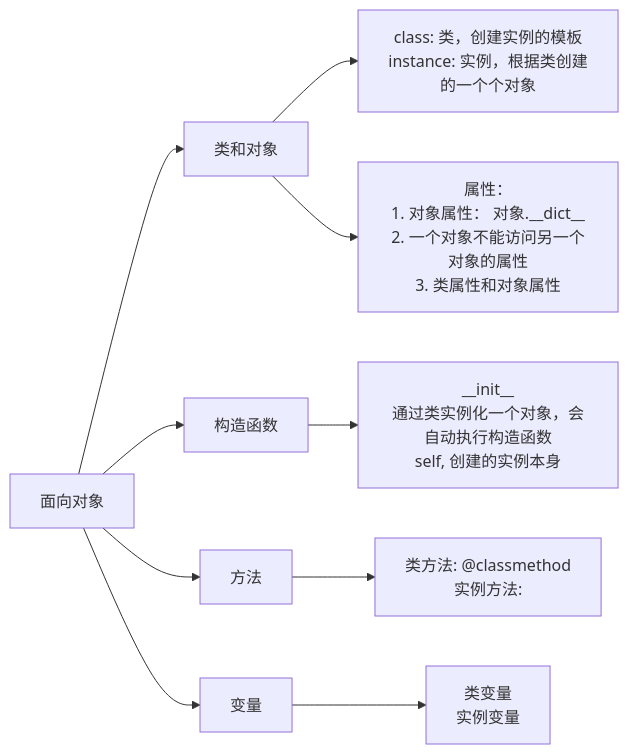
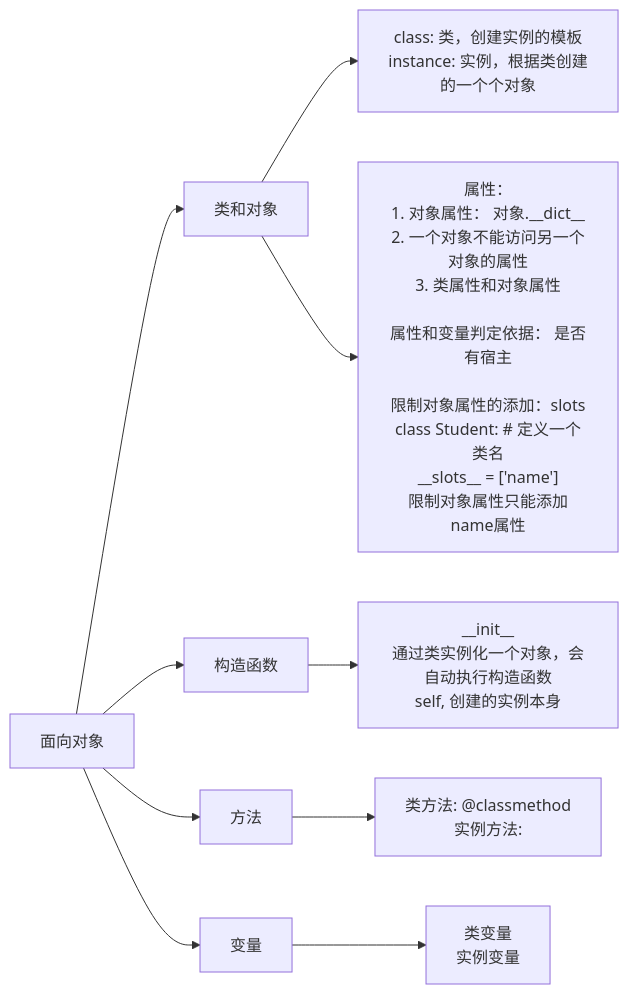
The fifth of 7 diagrams in linux/Ronnie/Python.md (tanxw123123/Tech), drawn with Mermaid before and after one commit. The commit also changed other lines of this file and 1 other file, not shown here.

````diff
--- a/linux/Ronnie/Python.md
+++ b/linux/Ronnie/Python.md
@@ -1225,12 +1291,12 @@
 ```mermaid
 graph LR;
 A["面向对象"]-->B["类和对象"];
 A-->C["构造函数"];
 A-->D["方法"];
 A-->H["变量"]
 B-->E["class: 类，创建实例的模板<br>instance: 实例，根据类创建的一个个对象"]
 C-->F["__init__<br>通过类实例化一个对象，会自动执行构造函数<br>self, 创建的实例本身"]
 D-->G["类方法: @classmethod<br>实例方法: "]
 H-->I["类变量<br>实例变量"]
-B-->J["属性：<br>1. 对象属性： 对象.__dict__<br>2. 一个对象不能访问另一个对象的属性<br>3. 类属性和对象属性"]
+B-->J["属性：<br>1. 对象属性： 对象.__dict__<br>2. 一个对象不能访问另一个对象的属性<br>3. 类属性和对象属性<br><br>属性和变量判定依据： 是否有宿主<br><br>限制对象属性的添加：slots<br>class Student: # 定义一个类名<br>__slots__ = ['name']<br>限制对象属性只能添加name属性"]
 ```
````
